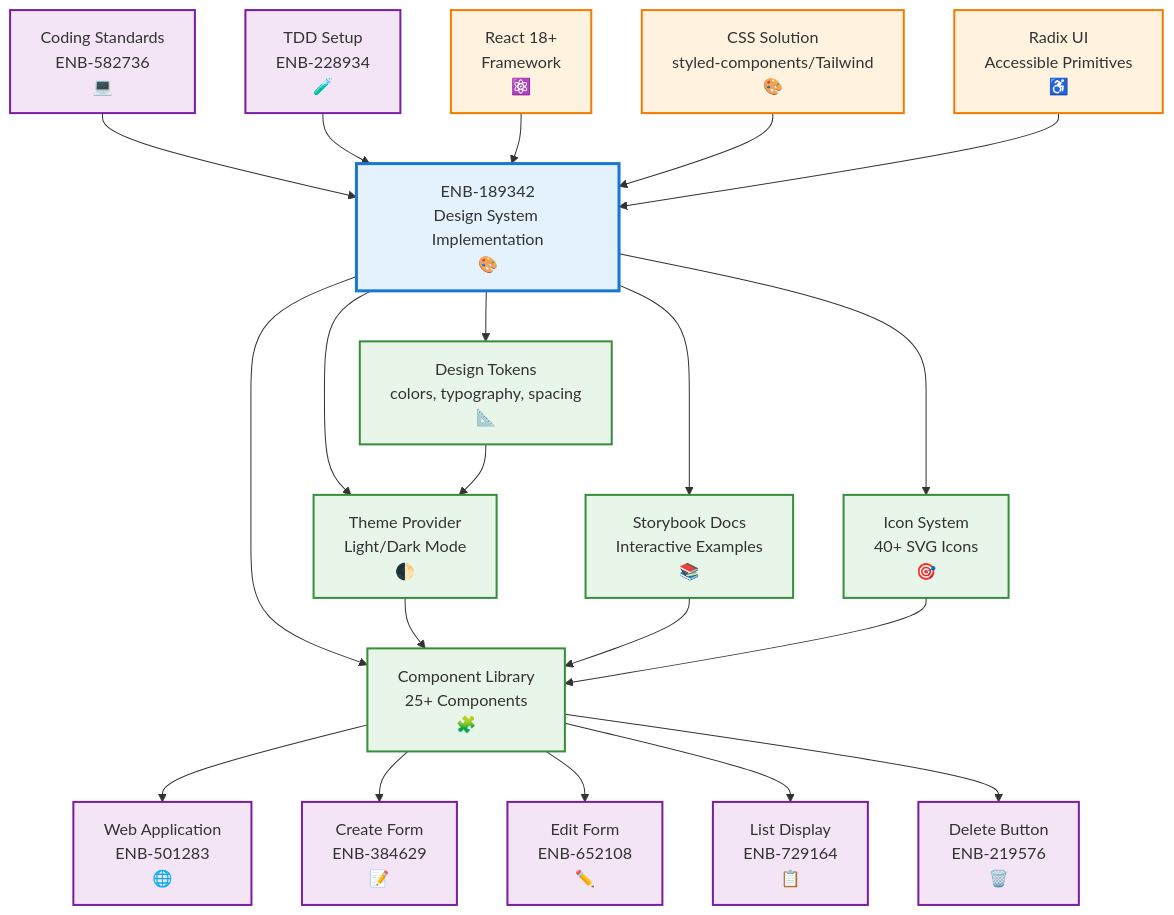
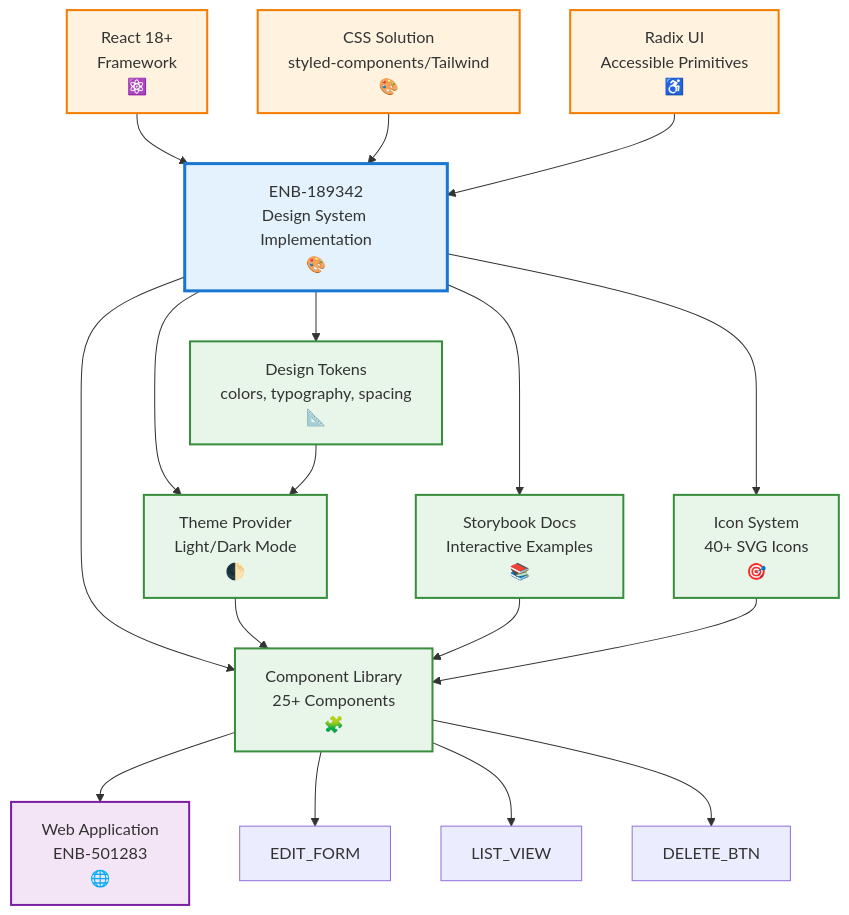
The diagram in website/specifications/189342-enabler.md (gardner711/anvil-recipes), drawn with Mermaid before and after one commit. The commit also changed other lines of this file and 6 other files, not shown here.

````diff
--- a/website/specifications/189342-enabler.md
+++ b/website/specifications/189342-enabler.md
@@ -86,57 +81,47 @@
 ```mermaid
 flowchart TD
     ENB_189342["ENB-189342<br/>Design System Implementation<br/>🎨"]
     
     TOKENS["Design Tokens<br/>colors, typography, spacing<br/>📐"]
     THEME["Theme Provider<br/>Light/Dark Mode<br/>🌓"]
     COMPONENTS["Component Library<br/>25+ Components<br/>🧩"]
     STORYBOOK["Storybook Docs<br/>Interactive Examples<br/>📚"]
     ICONS["Icon System<br/>40+ SVG Icons<br/>🎯"]
     
-    CODING["Coding Standards<br/>ENB-582736<br/>💻"]
-    TDD["TDD Setup<br/>ENB-228934<br/>🧪"]
-    
     WEB_APP["Web Application<br/>ENB-501283<br/>🌐"]
-    CREATE_FORM["Create Form<br/>ENB-384629<br/>📝"]
-    EDIT_FORM["Edit Form<br/>ENB-652108<br/>✏️"]
-    LIST_VIEW["List Display<br/>ENB-729164<br/>📋"]
-    DELETE_BTN["Delete Button<br/>ENB-219576<br/>🗑️"]
     
     REACT["React 18+<br/>Framework<br/>⚛️"]
     CSS_SOLUTION["CSS Solution<br/>styled-components/Tailwind<br/>🎨"]
     RADIX["Radix UI<br/>Accessible Primitives<br/>♿"]
     
-    CODING --> ENB_189342
-    TDD --> ENB_189342
     REACT --> ENB_189342
     CSS_SOLUTION --> ENB_189342
     RADIX --> ENB_189342
     
     ENB_189342 --> TOKENS
     ENB_189342 --> THEME
     ENB_189342 --> COMPONENTS
     ENB_189342 --> STORYBOOK
     ENB_189342 --> ICONS
     
     TOKENS --> THEME
     THEME --> COMPONENTS
     
     COMPONENTS --> WEB_APP
-    COMPONENTS --> CREATE_FORM
     COMPONENTS --> EDIT_FORM
     COMPONENTS --> LIST_VIEW
     COMPONENTS --> DELETE_BTN
     
     STORYBOOK --> COMPONENTS
     ICONS --> COMPONENTS
     
     classDef enabler fill:#e3f2fd,stroke:#1976d2,stroke-width:3px
     classDef external fill:#fff3e0,stroke:#f57c00,stroke-width:2px
     classDef internal fill:#f3e5f5,stroke:#7b1fa2,stroke-width:2px
     classDef artifact fill:#e8f5e9,stroke:#388e3c,stroke-width:2px
     
     class ENB_189342 enabler
     class REACT,CSS_SOLUTION,RADIX external
-    class CODING,TDD,WEB_APP,CREATE_FORM,EDIT_FORM,LIST_VIEW,DELETE_BTN internal
+    class WEB_APP internal
     class TOKENS,THEME,COMPONENTS,STORYBOOK,ICONS artifact
 ```
````
